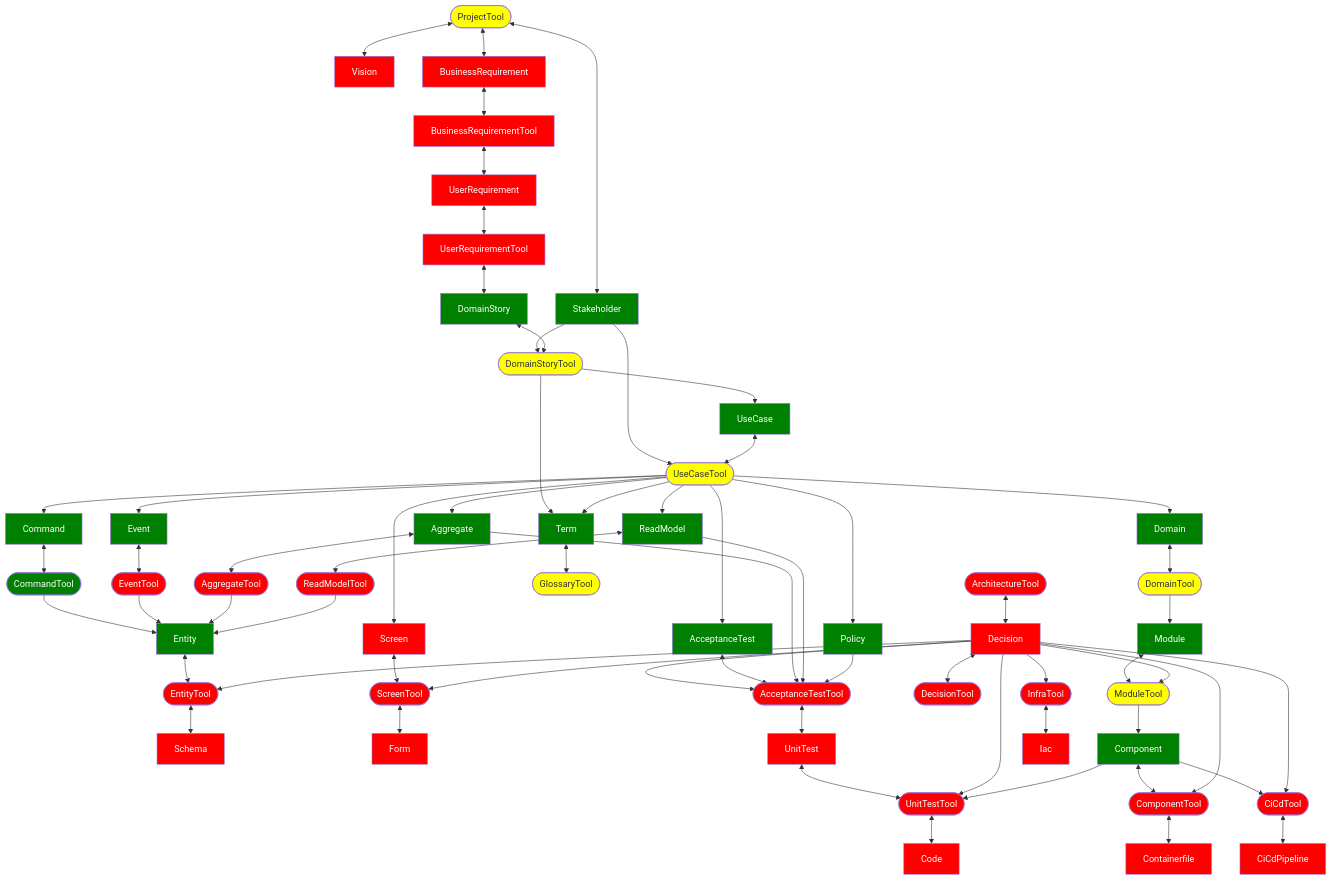
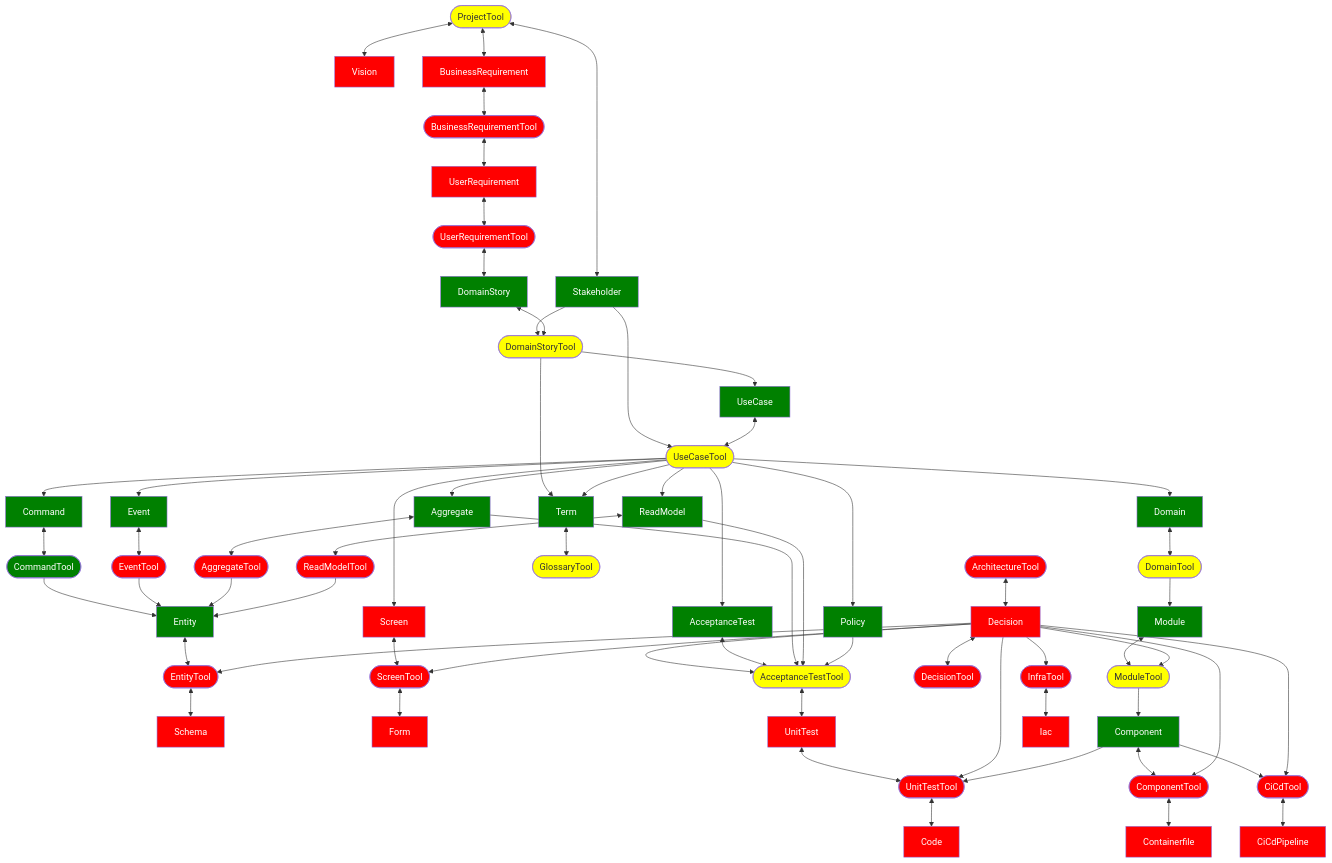
Before and after one commit to setms/sew: the second of 2 diagrams in swe/src/main/ideas/tools.md, drawn with Mermaid.

Commit message:
Update to current state

```diff
--- a/swe/src/main/ideas/tools.md
+++ b/swe/src/main/ideas/tools.md
@@ -89,6 +89,8 @@
     ScreenTool([ScreenTool])
     InfraTool([InfraTool])
     ProjectTool([ProjectTool])
+    BusinessRequirementTool([BusinessRequirementTool])
+    UserRequirementTool([UserRequirementTool])
     
     ProjectTool <--> Vision
     ProjectTool <--> BusinessRequirement
@@ -176,7 +178,7 @@
     class Schema todo;
     class ModuleTool wip;
     class Component done;
-    class AcceptanceTestTool todo;
+    class AcceptanceTestTool wip;
     class UnitTest todo;
     class UnitTestTool todo;
     class CiCdTool todo;
```
